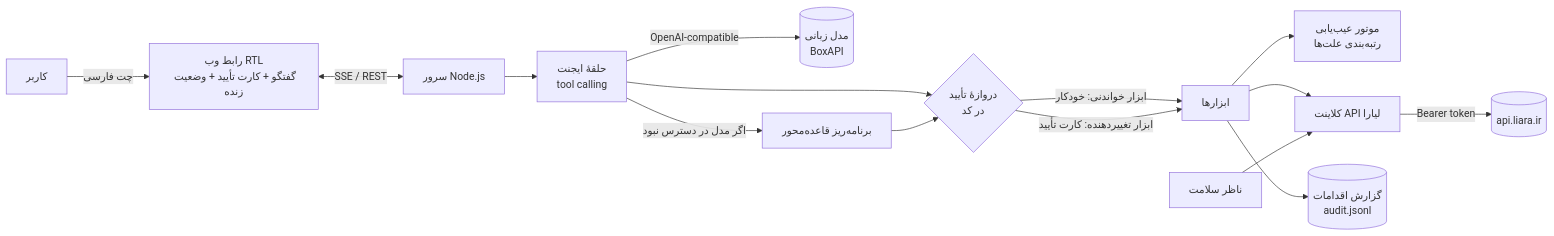
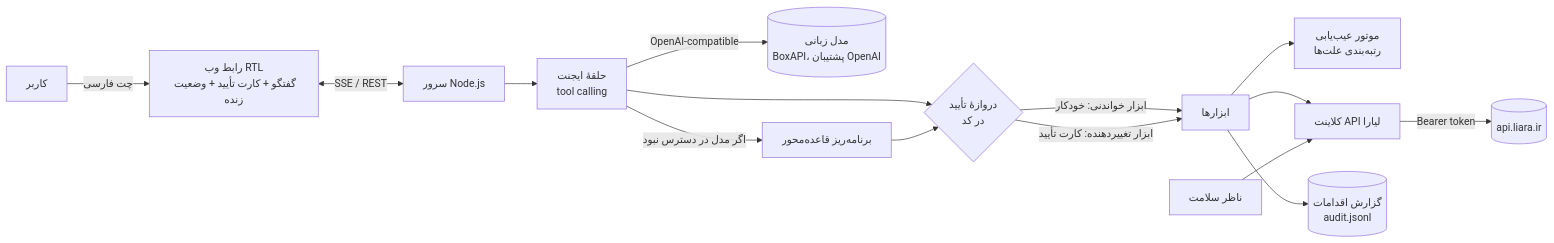
The diagram in README.md (ssepehrnoush/liara-copilot), drawn with Mermaid before and after one commit. The commit also changed other lines of this file and 6 other files, not shown here.

First line of the commit message:
OpenAI as automatic fallback when BoxAPI fails

````diff
--- a/README.md
+++ b/README.md
@@ -54,17 +54,17 @@
 ```mermaid
 flowchart LR
   U[کاربر] -->|چت فارسی| UI[رابط وب RTL<br/>گفتگو + کارت تأیید + وضعیت زنده]
   UI <-->|SSE / REST| S[سرور Node.js]
   S --> A[حلقهٔ ایجنت<br/>tool calling]
-  A -->|OpenAI-compatible| L[(مدل زبانی<br/>BoxAPI)]
+  A -->|OpenAI-compatible| L[(مدل زبانی<br/>BoxAPI، پشتیبان OpenAI)]
   A -->|اگر مدل در دسترس نبود| R[برنامه‌ریز قاعده‌محور]
   A --> G{دروازهٔ تأیید<br/>در کد}
   R --> G
   G -->|ابزار خواندنی: خودکار| T[ابزارها]
   G -->|ابزار تغییردهنده: کارت تأیید| T
   T --> D[موتور عیب‌یابی<br/>رتبه‌بندی علت‌ها]
   T --> C[کلاینت API لیارا]
   W[ناظر سلامت] --> C
   C -->|Bearer token| API[(api.liara.ir)]
   T --> AU[(گزارش اقدامات<br/>audit.jsonl)]
 ```
````
